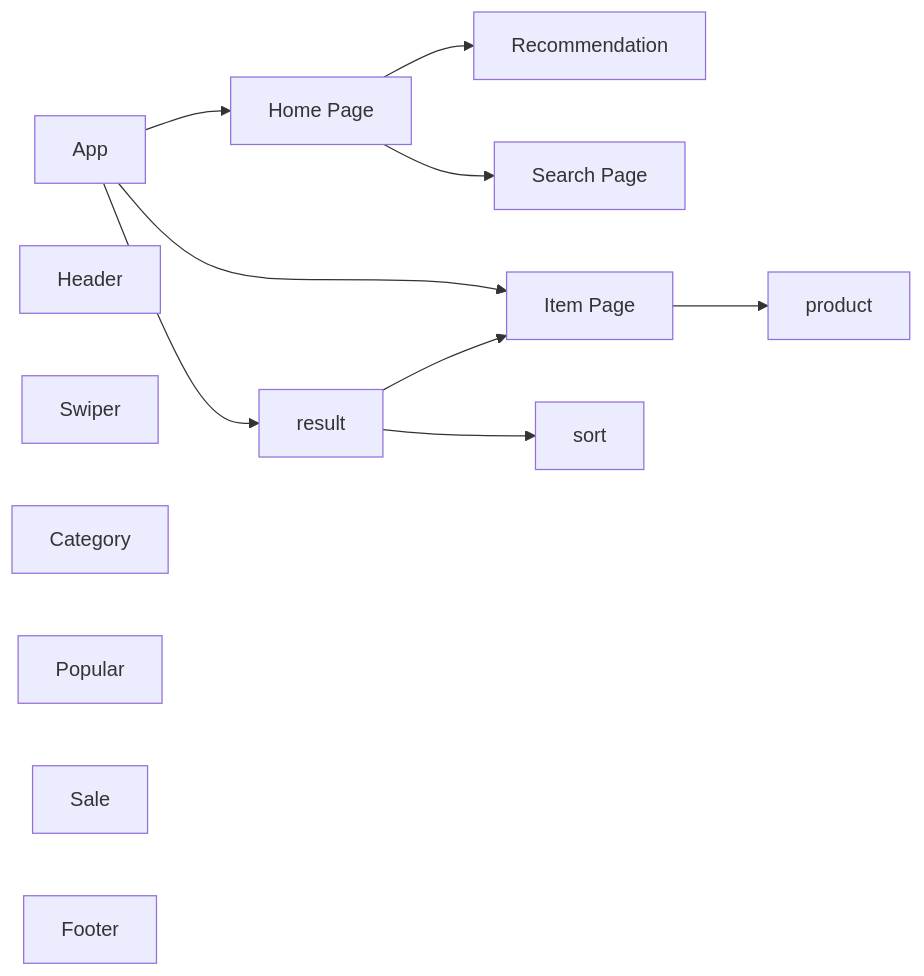
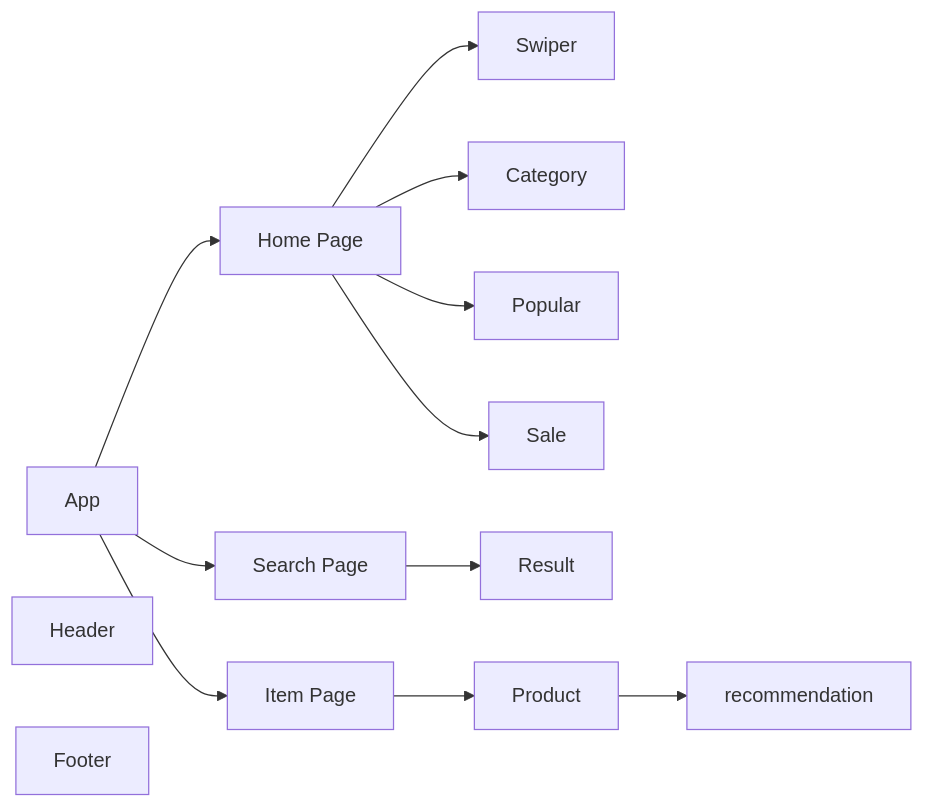
One commit to MattisZheng/e-commerce changed the second of 3 diagrams in README.md. Above: the diagram before and after it, drawn with Mermaid.

Commit message:
update readme doc

````diff
--- a/README.md
+++ b/README.md
@@ -33,21 +33,23 @@
 ```mermaid
 flowchart LR
 
 app[App]
   header[Header]
   home[Home Page]
     swiper[Swiper]
-    recommendation[Recommendation]
     category[Category]
     popular[Popular]
     sale[Sale]
   search[Search Page]
-    result
+    result[Result]
   item[Item Page]
+    product[Product]
+      recommendation[recommendation]
   footer[Footer]
 
-app --> home & result & item
-  home --> search & recommendation
-  result --> sort & item
-  item --> product
+app --> home & search & item
+  home --> swiper & category & popular & sale
+  search --> result
+  item --> product --> recommendation
+
 ```
````
